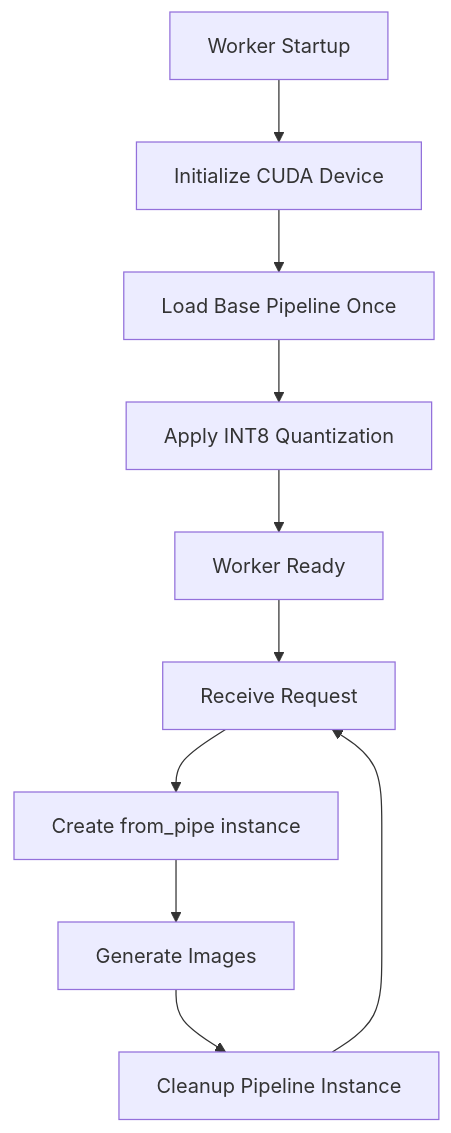
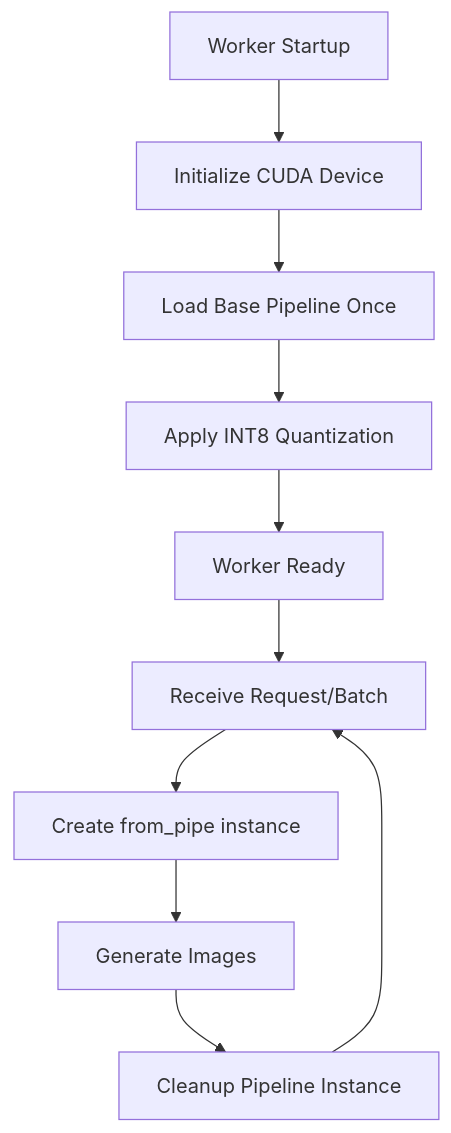
One commit to gongysh2004/CogView4-FastAPI changed the tenth of 12 diagrams in API_DOCUMENTATION.md. Above: the diagram before and after it, drawn with Mermaid. The commit also changed other lines of this file and 5 other files, not shown here.

````diff
--- a/API_DOCUMENTATION.md
+++ b/API_DOCUMENTATION.md
@@ -308,13 +455,13 @@
 ```mermaid
 graph TD
     START[Worker Startup] --> CUDA[Initialize CUDA Device]
     CUDA --> LOAD[Load Base Pipeline Once]
     LOAD --> QUANT[Apply INT8 Quantization]
     QUANT --> READY[Worker Ready]
     
-    READY --> REQ[Receive Request]
+    READY --> REQ[Receive Request/Batch]
     REQ --> PIPE[Create from_pipe instance]
     PIPE --> GEN[Generate Images]
     GEN --> CLEANUP[Cleanup Pipeline Instance]
     CLEANUP --> REQ
 ```
````
